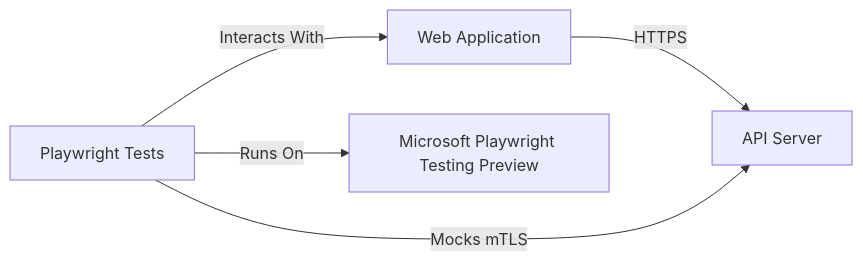
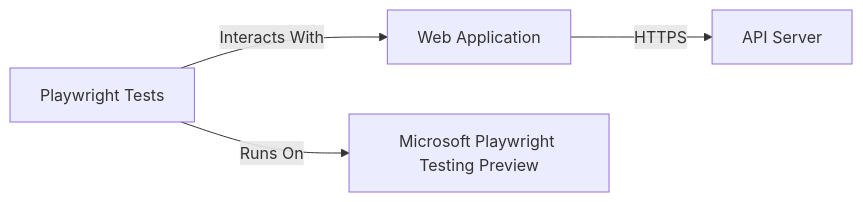
One commit to aymenfurter/mtls-playwright-demo changed the diagram in README.md. Above: the diagram before and after it, drawn with Mermaid.

Commit message:
feat: refine readme

````diff
--- a/README.md
+++ b/README.md
@@ -38,7 +38,6 @@
 ```mermaid
 graph LR
 A[Web Application] -- HTTPS --> B[API Server]
 C[Playwright Tests] -- Interacts With --> A
-C -- Mocks mTLS --> B
 C -- Runs On --> D[Microsoft Playwright Testing Preview]
 ```
````
